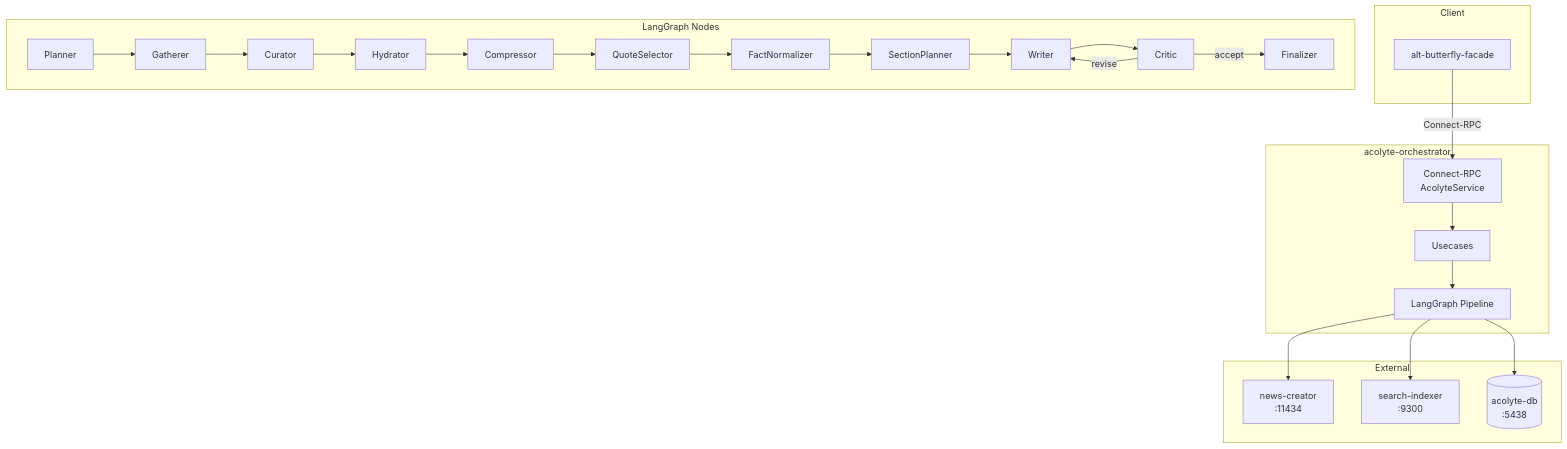
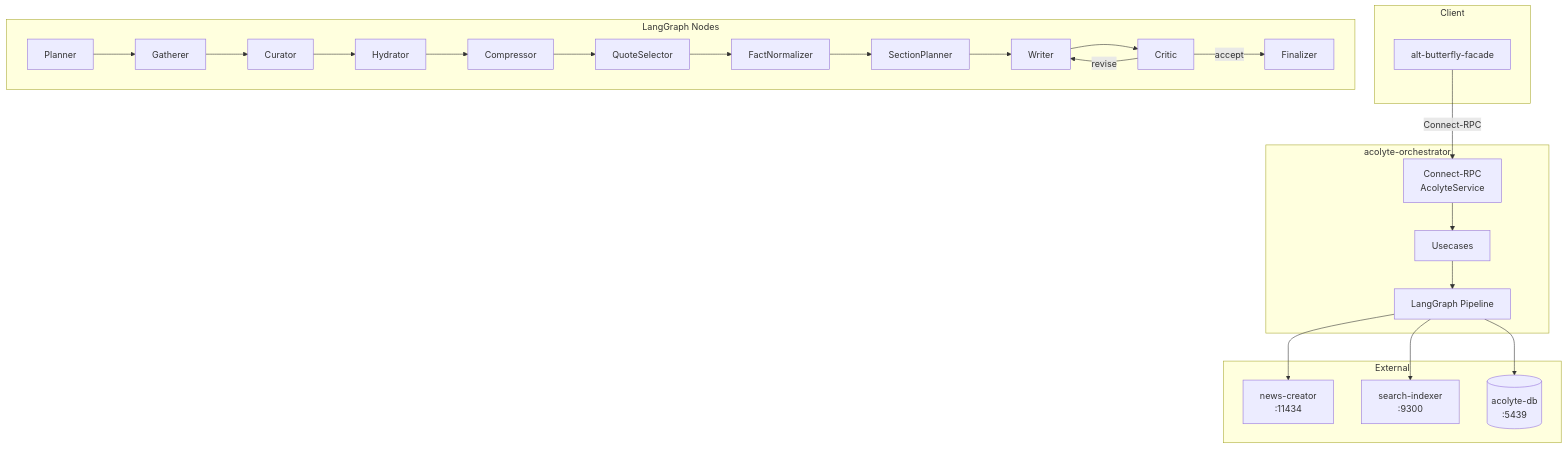
Before and after one commit to Kaikei-e/Alt: the diagram in docs/services/acolyte-orchestrator.md, drawn with Mermaid. The commit also changed other lines of this file and 76 other files, not shown here.

````diff
--- a/docs/services/acolyte-orchestrator.md
+++ b/docs/services/acolyte-orchestrator.md
@@ -17,33 +17,33 @@
 ```mermaid
 flowchart TB
     subgraph Client
         BFF[alt-butterfly-facade]
     end
 
     subgraph acolyte-orchestrator
         Connect[Connect-RPC<br/>AcolyteService]
         Usecase[Usecases]
         Graph[LangGraph Pipeline]
     end
 
     subgraph Pipeline["LangGraph Nodes"]
         direction LR
         Planner --> Gatherer --> Curator --> Hydrator
         Hydrator --> Compressor --> QuoteSelector --> FactNormalizer
         FactNormalizer --> SectionPlanner --> Writer --> Critic
         Critic -->|revise| Writer
         Critic -->|accept| Finalizer
     end
 
     subgraph External
         NewsCreator[news-creator<br/>:11434]
         SearchIndexer[search-indexer<br/>:9300]
-        AcolyteDB[(acolyte-db<br/>:5438)]
+        AcolyteDB[(acolyte-db<br/>:5439)]
     end
 
     BFF -->|Connect-RPC| Connect
     Connect --> Usecase --> Graph
     Graph --> NewsCreator
     Graph --> SearchIndexer
     Graph --> AcolyteDB
 ```
````
